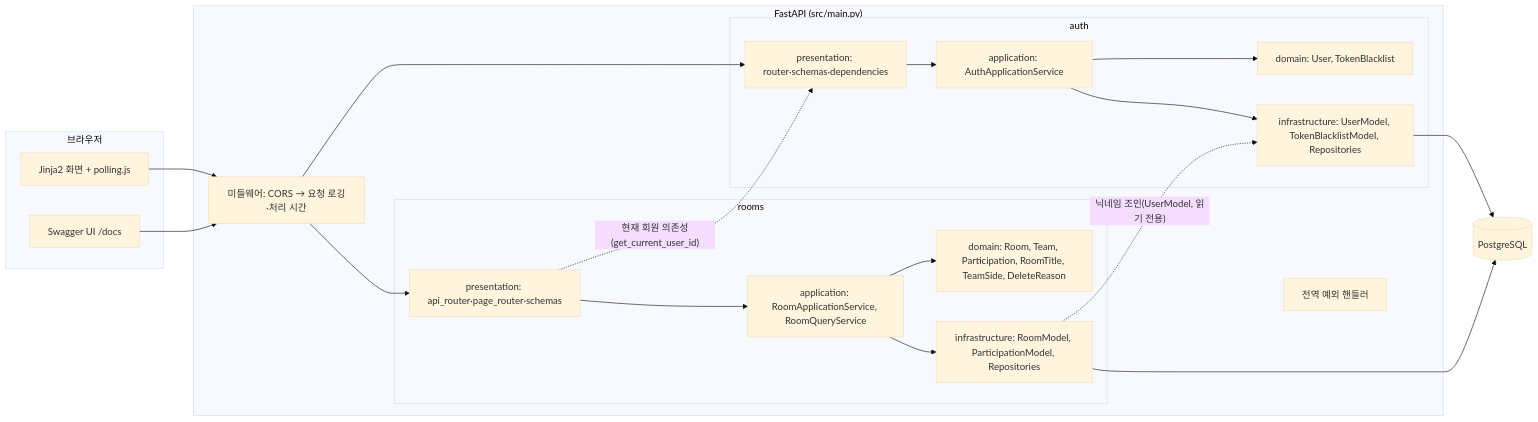
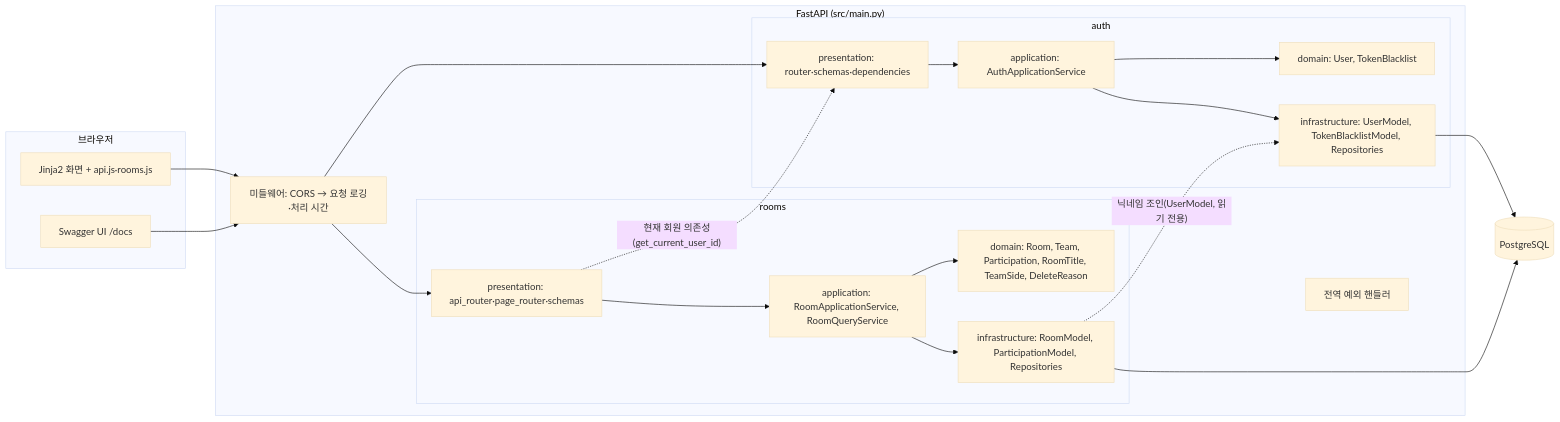
One commit to gyoo303/kant-backend-matchmaking changed the diagram in docs/02-arch/02-system-architecture.md. Above: the diagram before and after it, drawn with Mermaid (base theme). The commit also changed 9 other files, not shown here.

````diff
--- a/docs/02-arch/02-system-architecture.md
+++ b/docs/02-arch/02-system-architecture.md
@@ -8,36 +8,36 @@
 ```mermaid
 flowchart LR
     subgraph Browser["브라우저"]
-        WEB["Jinja2 화면 + polling.js"]
+        WEB["Jinja2 화면 + api.js·rooms.js"]
         SW["Swagger UI /docs"]
     end
     subgraph App["FastAPI (src/main.py)"]
         MW["미들웨어: CORS → 요청 로깅·처리 시간"]
         EH["전역 예외 핸들러"]
         subgraph AUTH["auth"]
             AP["presentation: router·schemas·dependencies"]
             AA["application: AuthApplicationService"]
             AD["domain: User, TokenBlacklist"]
             AI["infrastructure: UserModel, TokenBlacklistModel, Repositories"]
         end
         subgraph ROOMS["rooms"]
             RP["presentation: api_router·page_router·schemas"]
             RA["application: RoomApplicationService, RoomQueryService"]
             RD["domain: Room, Team, Participation, RoomTitle, TeamSide, DeleteReason"]
             RI["infrastructure: RoomModel, ParticipationModel, Repositories"]
         end
     end
     DB[("PostgreSQL")]
     WEB --> MW
     SW --> MW
     MW --> AP
     MW --> RP
     AP --> AA --> AD
     AA --> AI
     RP --> RA --> RD
     RA --> RI
     RP -. "현재 회원 의존성(get_current_user_id)" .-> AP
     RI -. "닉네임 조인(UserModel, 읽기 전용)" .-> AI
     AI --> DB
     RI --> DB
 ```
````
